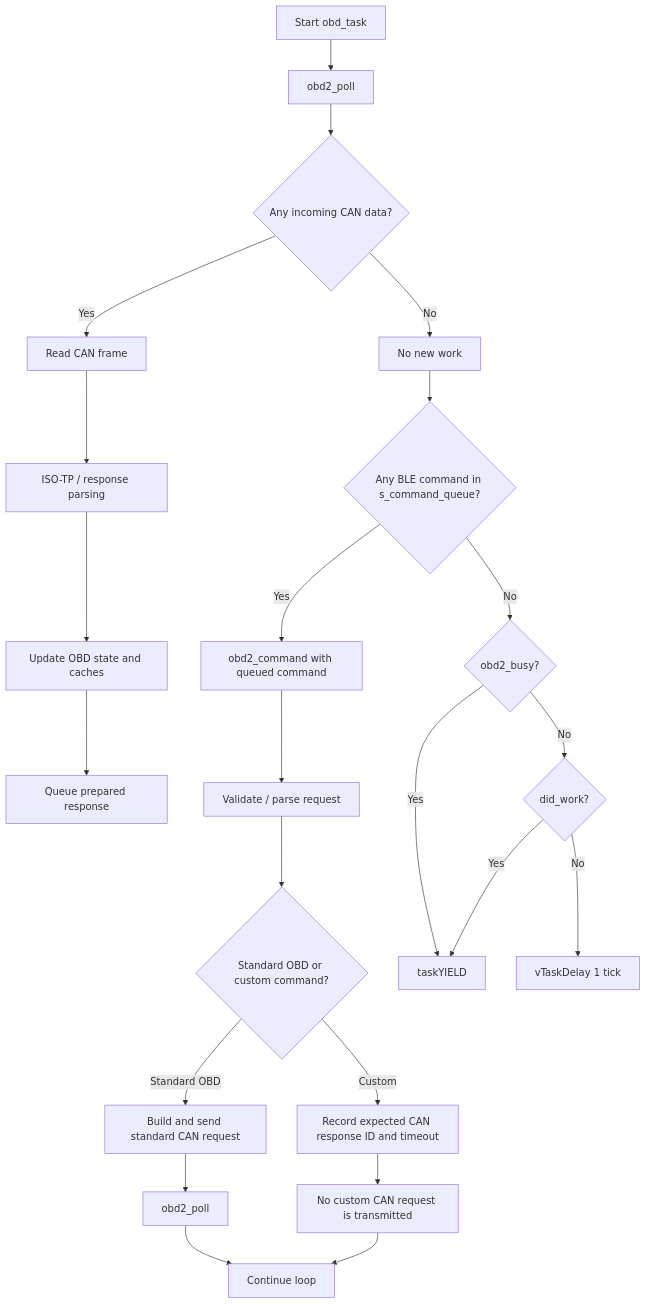
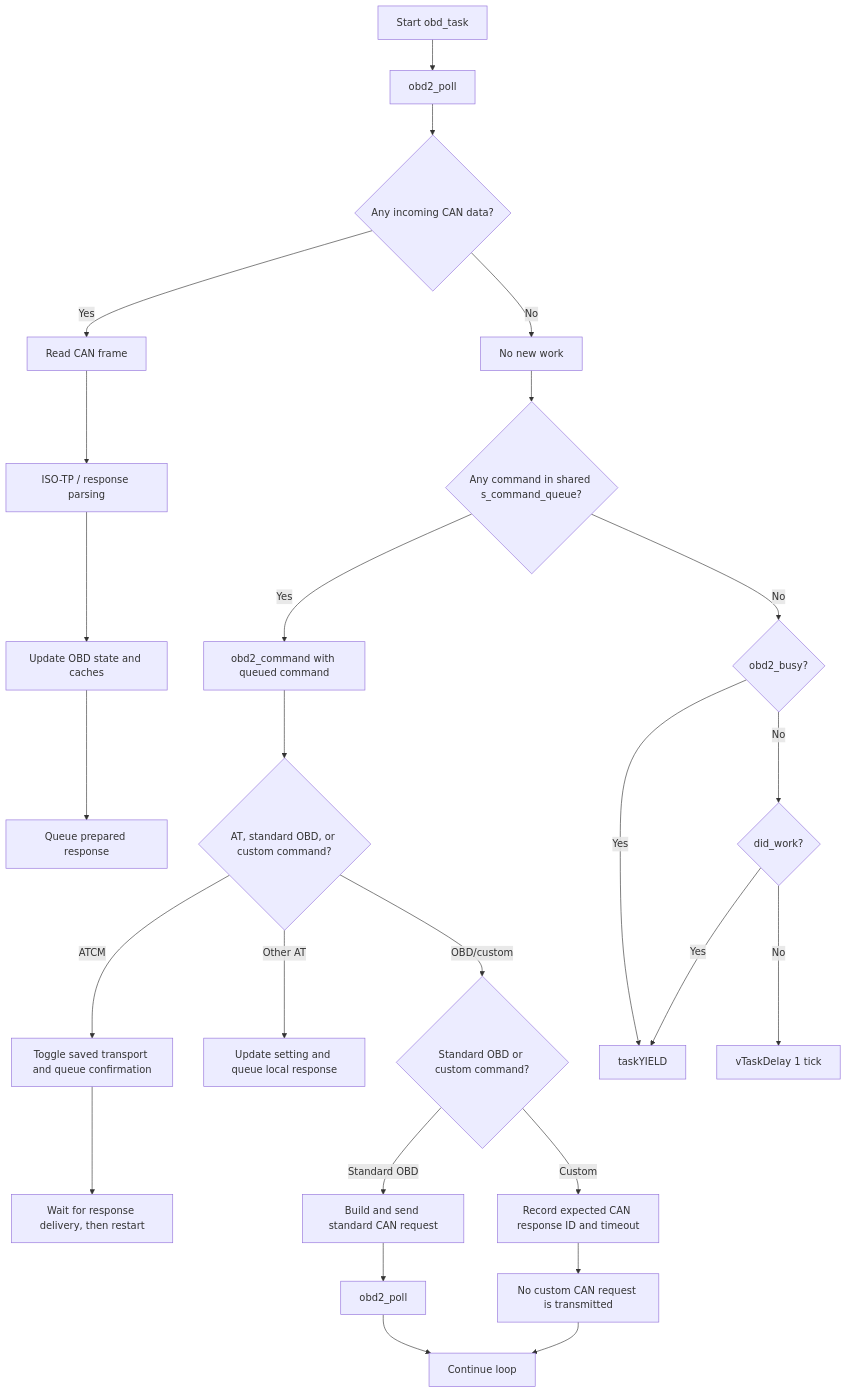
Before and after one commit to ASTI-ITS/ITS-test: the third of 7 diagrams in OBD_BLE_FreeRTOS_C/flowchart.md, drawn with Mermaid. The commit also changed other lines of this file and 1 other file, not shown here.

Commit message:
updated flowcharts to reflect change mode

````diff
--- a/OBD_BLE_FreeRTOS_C/flowchart.md
+++ b/OBD_BLE_FreeRTOS_C/flowchart.md
@@ -61,25 +61,28 @@
 ```mermaid
 graph TD
     A[Start obd_task] --> B[obd2_poll]
     B --> C{Any incoming CAN data?}
     C -- Yes --> D[Read CAN frame]
     D --> E[ISO-TP / response parsing]
     E --> F[Update OBD state and caches]
     F --> G[Queue prepared response]
     C -- No --> H[No new work]
-    H --> I{Any BLE command in s_command_queue?}
+    H --> I{Any command in shared s_command_queue?}
     I -- Yes --> J[obd2_command with queued command]
-    J --> K[Validate / parse request]
-    K --> L{Standard OBD or custom command?}
+    J --> K{AT, standard OBD, or custom command?}
+    K -- ATCM --> AC[Toggle saved transport and queue confirmation]
+    AC --> AD[Wait for response delivery, then restart]
+    K -- Other AT --> AE[Update setting and queue local response]
+    K -- OBD/custom --> L{Standard OBD or custom command?}
     L -- Standard OBD --> M[Build and send standard CAN request]
     M --> N[obd2_poll]
     N --> O[Continue loop]
     L -- Custom --> AA[Record expected CAN response ID and timeout]
     AA --> AB[No custom CAN request is transmitted]
     AB --> O
     I -- No --> P{obd2_busy?}
     P -- Yes --> Q[taskYIELD]
     P -- No --> R{did_work?}
     R -- No --> S[vTaskDelay 1 tick]
     R -- Yes --> Q
 ```
````
